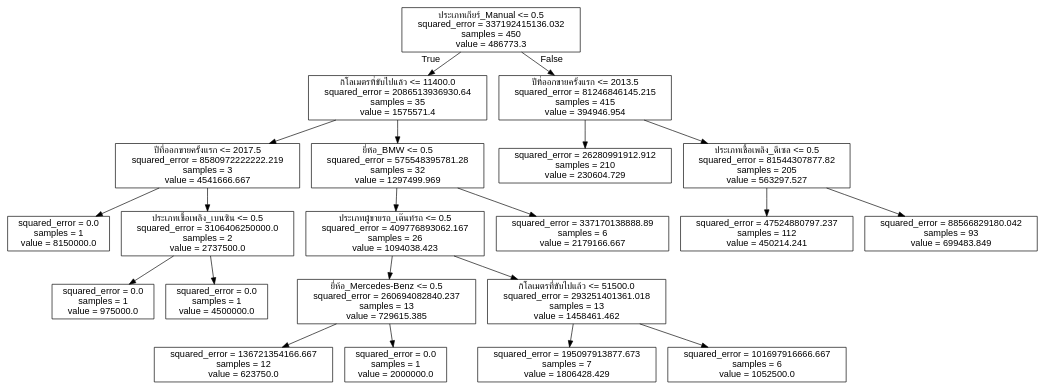
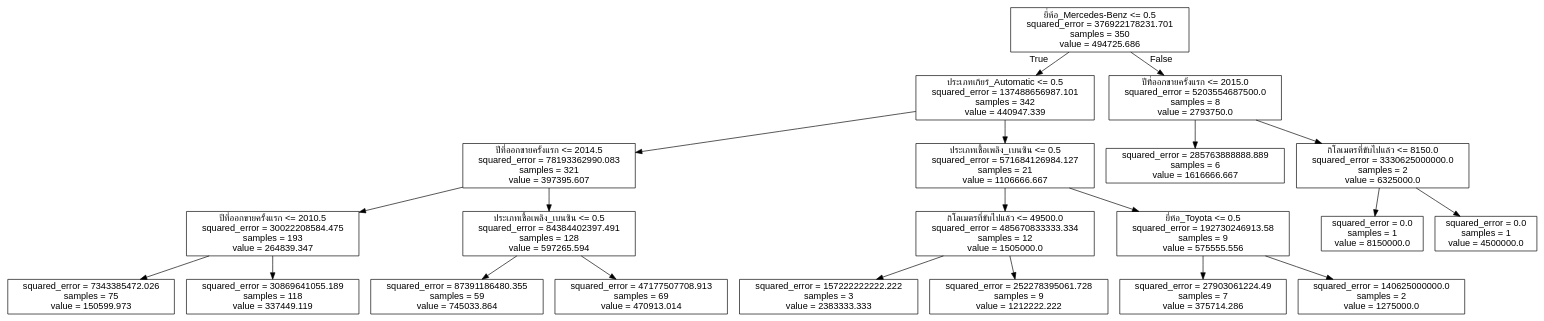
The diagram in week2/tree.dot (punsnx/CS-AI261), drawn with Graphviz before and after one commit. The commit also changed 6 other files, not shown here.

```diff
--- a/week2/tree.dot
+++ b/week2/tree.dot
@@ -1,45 +1,45 @@
 digraph Tree {
 node [shape=box, fontname="helvetica"] ;
 edge [fontname="helvetica"] ;
-0 [label="ประเภทเกียร์_Manual <= 0.5\nsquared_error = 337192415136.032\nsamples = 450\nvalue = 486773.3"] ;
-1 [label="กิโลเมตรที่ขับไปแล้ว <= 11400.0\nsquared_error = 2086513936930.64\nsamples = 35\nvalue = 1575571.4"] ;
+0 [label="ยี่ห้อ_Mercedes-Benz <= 0.5\nsquared_error = 376922178231.701\nsamples = 350\nvalue = 494725.686"] ;
+1 [label="ประเภทเกียร์_Automatic <= 0.5\nsquared_error = 137488656987.101\nsamples = 342\nvalue = 440947.339"] ;
 0 -> 1 [labeldistance=2.5, labelangle=45, headlabel="True"] ;
-3 [label="ปีที่ออกขายครั้งแรก <= 2017.5\nsquared_error = 8580972222222.219\nsamples = 3\nvalue = 4541666.667"] ;
-1 -> 3 ;
-5 [label="squared_error = 0.0\nsamples = 1\nvalue = 8150000.0"] ;
-3 -> 5 ;
-6 [label="ประเภทเชื้อเพลิง_เบนซิน <= 0.5\nsquared_error = 3106406250000.0\nsamples = 2\nvalue = 2737500.0"] ;
-3 -> 6 ;
-9 [label="squared_error = 0.0\nsamples = 1\nvalue = 975000.0"] ;
-6 -> 9 ;
+5 [label="ปีที่ออกขายครั้งแรก <= 2014.5\nsquared_error = 78193362990.083\nsamples = 321\nvalue = 397395.607"] ;
+1 -> 5 ;
+7 [label="ปีที่ออกขายครั้งแรก <= 2010.5\nsquared_error = 30022208584.475\nsamples = 193\nvalue = 264839.347"] ;
+5 -> 7 ;
+17 [label="squared_error = 7343385472.026\nsamples = 75\nvalue = 150599.973"] ;
+7 -> 17 ;
+18 [label="squared_error = 30869641055.189\nsamples = 118\nvalue = 337449.119"] ;
+7 -> 18 ;
+8 [label="ประเภทเชื้อเพลิง_เบนซิน <= 0.5\nsquared_error = 84384402397.491\nsamples = 128\nvalue = 597265.594"] ;
+5 -> 8 ;
+15 [label="squared_error = 87391186480.355\nsamples = 59\nvalue = 745033.864"] ;
+8 -> 15 ;
+16 [label="squared_error = 47177507708.913\nsamples = 69\nvalue = 470913.014"] ;
+8 -> 16 ;
+6 [label="ประเภทเชื้อเพลิง_เบนซิน <= 0.5\nsquared_error = 571684126984.127\nsamples = 21\nvalue = 1106666.667"] ;
+1 -> 6 ;
+11 [label="กิโลเมตรที่ขับไปแล้ว <= 49500.0\nsquared_error = 485670833333.334\nsamples = 12\nvalue = 1505000.0"] ;
+6 -> 11 ;
+13 [label="squared_error = 157222222222.222\nsamples = 3\nvalue = 2383333.333"] ;
+11 -> 13 ;
+14 [label="squared_error = 252278395061.728\nsamples = 9\nvalue = 1212222.222"] ;
+11 -> 14 ;
+12 [label="ยี่ห้อ_Toyota <= 0.5\nsquared_error = 192730246913.58\nsamples = 9\nvalue = 575555.556"] ;
+6 -> 12 ;
+19 [label="squared_error = 27903061224.49\nsamples = 7\nvalue = 375714.286"] ;
+12 -> 19 ;
+20 [label="squared_error = 140625000000.0\nsamples = 2\nvalue = 1275000.0"] ;
+12 -> 20 ;
+2 [label="ปีที่ออกขายครั้งแรก <= 2015.0\nsquared_error = 5203554687500.0\nsamples = 8\nvalue = 2793750.0"] ;
+0 -> 2 [labeldistance=2.5, labelangle=-45, headlabel="False"] ;
+3 [label="squared_error = 285763888888.889\nsamples = 6\nvalue = 1616666.667"] ;
+2 -> 3 ;
+4 [label="กิโลเมตรที่ขับไปแล้ว <= 8150.0\nsquared_error = 3330625000000.0\nsamples = 2\nvalue = 6325000.0"] ;
+2 -> 4 ;
+9 [label="squared_error = 0.0\nsamples = 1\nvalue = 8150000.0"] ;
+4 -> 9 ;
 10 [label="squared_error = 0.0\nsamples = 1\nvalue = 4500000.0"] ;
-6 -> 10 ;
-4 [label="ยี่ห้อ_BMW <= 0.5\nsquared_error = 575548395781.28\nsamples = 32\nvalue = 1297499.969"] ;
-1 -> 4 ;
-11 [label="ประเภทผู้ขายรถ_เต๊นท์รถ <= 0.5\nsquared_error = 409776893062.167\nsamples = 26\nvalue = 1094038.423"] ;
-4 -> 11 ;
-13 [label="ยี่ห้อ_Mercedes-Benz <= 0.5\nsquared_error = 260694082840.237\nsamples = 13\nvalue = 729615.385"] ;
-11 -> 13 ;
-19 [label="squared_error = 136721354166.667\nsamples = 12\nvalue = 623750.0"] ;
-13 -> 19 ;
-20 [label="squared_error = 0.0\nsamples = 1\nvalue = 2000000.0"] ;
-13 -> 20 ;
-14 [label="กิโลเมตรที่ขับไปแล้ว <= 51500.0\nsquared_error = 293251401361.018\nsamples = 13\nvalue = 1458461.462"] ;
-11 -> 14 ;
-17 [label="squared_error = 195097913877.673\nsamples = 7\nvalue = 1806428.429"] ;
-14 -> 17 ;
-18 [label="squared_error = 101697916666.667\nsamples = 6\nvalue = 1052500.0"] ;
-14 -> 18 ;
-12 [label="squared_error = 337170138888.89\nsamples = 6\nvalue = 2179166.667"] ;
-4 -> 12 ;
-2 [label="ปีที่ออกขายครั้งแรก <= 2013.5\nsquared_error = 81246846145.215\nsamples = 415\nvalue = 394946.954"] ;
-0 -> 2 [labeldistance=2.5, labelangle=-45, headlabel="False"] ;
-7 [label="squared_error = 26280991912.912\nsamples = 210\nvalue = 230604.729"] ;
-2 -> 7 ;
-8 [label="ประเภทเชื้อเพลิง_ดีเซล <= 0.5\nsquared_error = 81544307877.82\nsamples = 205\nvalue = 563297.527"] ;
-2 -> 8 ;
-15 [label="squared_error = 47524880797.237\nsamples = 112\nvalue = 450214.241"] ;
-8 -> 15 ;
-16 [label="squared_error = 88566829180.042\nsamples = 93\nvalue = 699483.849"] ;
-8 -> 16 ;
+4 -> 10 ;
 }
```
